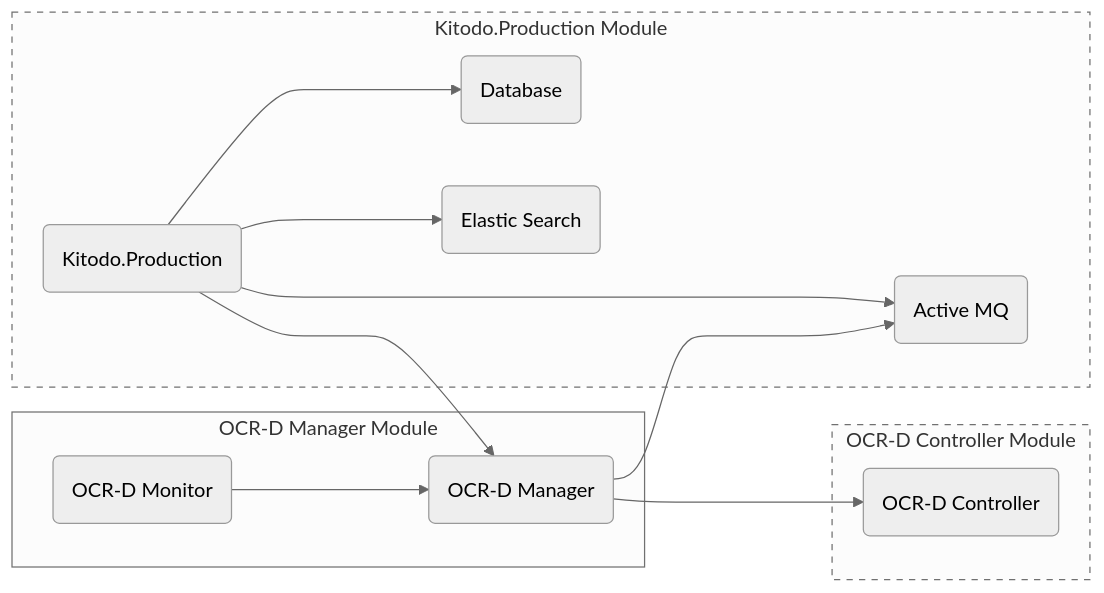
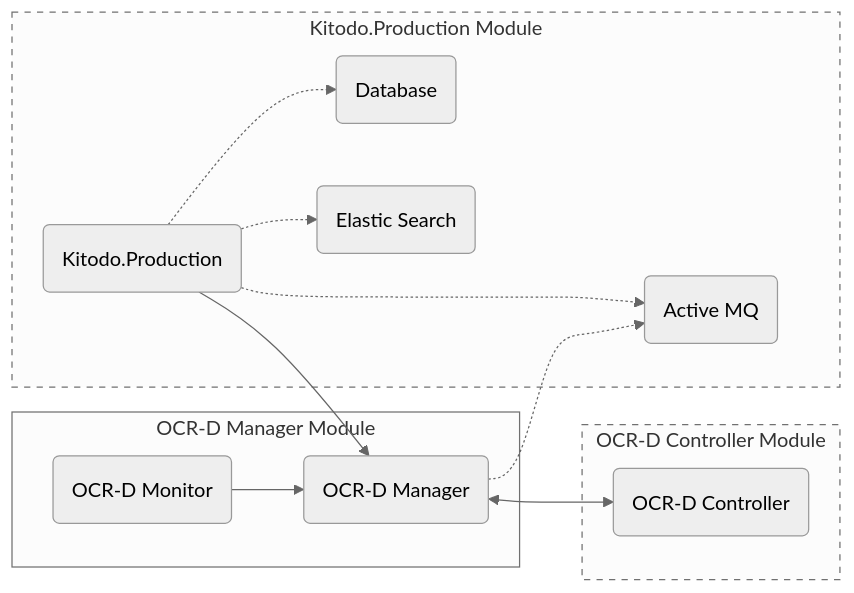
Before and after one commit to slub/ocrd_kitodo: the diagram in docs/getting-started.md, drawn with Mermaid (neutral theme). The commit also changed other lines of this file and 1 other file, not shown here.

````diff
--- a/docs/getting-started.md
+++ b/docs/getting-started.md
@@ -9,26 +9,27 @@
 ``` mermaid
 graph LR
-MA(OCR-D Manager) ----> CO(OCR-D Controller)
-MO(OCR-D Monitor) ----> MA
-KP(Kitodo.Production) ----> MA
-KP ----> DB(Database)
-KP ----> EL(Elastic Search)
-KP ----> MQ(Active MQ)
-MA ----> MQ
-subgraph OCR-D Manager Module
+subgraph KPM[Kitodo.Production Module]
+DB
+EL
+MQ
+KP
+end
+subgraph MAM[OCR-D Manager Module]
 MO
 MA
 end
 subgraph COM[OCR-D Controller Module]
 CO
 end
-subgraph KPM[Kitodo.Production Module]
-DB
-EL
-MQ
-KP
-end
+
+MA(OCR-D Manager) <--> CO(OCR-D Controller)
+MO(OCR-D Monitor) --> MA
+KP(Kitodo.Production) --> MA
+KP -.->  DB(Database)
+KP -.->  EL(Elastic Search)
+KP -.->  MQ(Active MQ)
+MA -.-> MQ
 
 style KPM stroke-dasharray: 5 5
 style COM stroke-dasharray: 5 5
 ```
````
